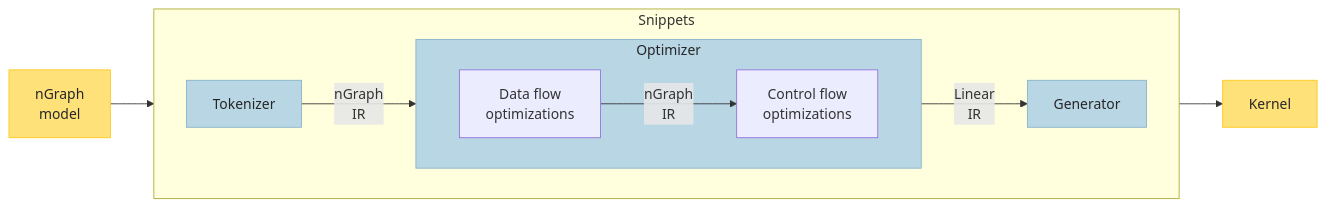
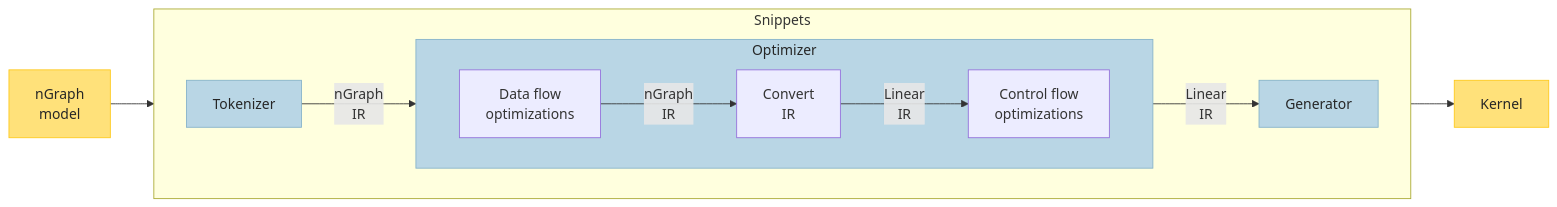
One commit to openvinotoolkit/openvino changed the seventh of 12 diagrams in src/common/snippets/docs/snippets_design_guide.md. Above: the diagram before and after it, drawn with Mermaid. The commit also changed other lines of this file, not shown here.

````diff
--- a/src/common/snippets/docs/snippets_design_guide.md
+++ b/src/common/snippets/docs/snippets_design_guide.md
@@ -237,22 +237,24 @@
 ```mermaid
  graph LR
    Source[nGraph \n model]
    subgraph Snippets
       direction LR
       subgraph Optimizer[Optimizer]
         direction LR
-        Data[Data flow \n optimizations]
-        Control[Control flow \n optimizations]
-        Data-->|nGraph \nIR|Control
+       Data[Data flow \n optimizations]
+       Converter[Convert \n IR]
+       Control[Control flow \n optimizations]
+       Data-->|nGraph \nIR|Converter
+       Converter-->|Linear \nIR|Control
       end
       Frontend[Tokenizer]-->|nGraph \nIR|Data
       Control-->|Linear \nIR|Backend[Generator]
    end
    Source --> Frontend
    Backend --> Executable[Kernel]
 classDef no-bg-color fill:none,stroke-width:0px
 classDef steel1 fill:#B9D6E5, stroke: #86B3CA, color: #262626
 classDef daisy1 fill:#FFE17A, stroke: #FEC91B, color: #262626
 class Frontend,Optimizer,Backend steel1
 class Source,Executable daisy1
 ```
````
